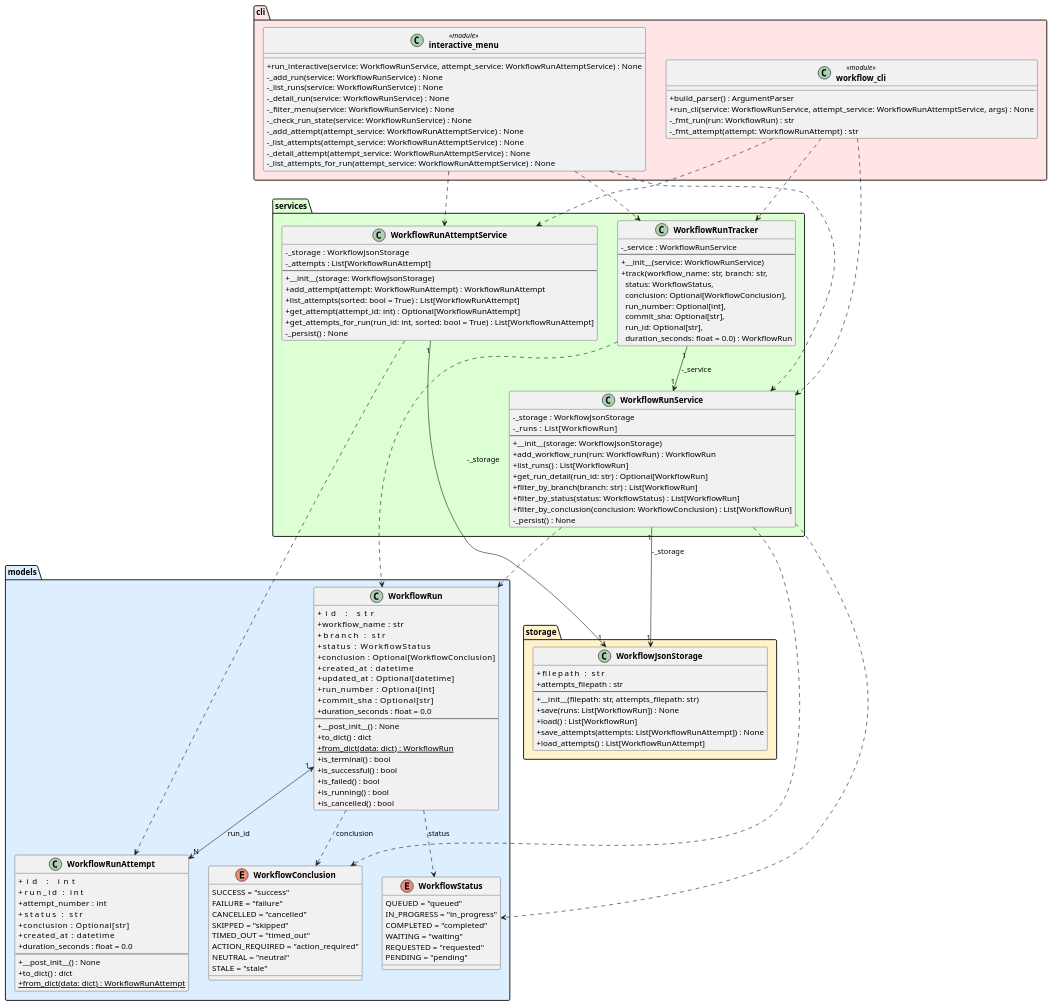
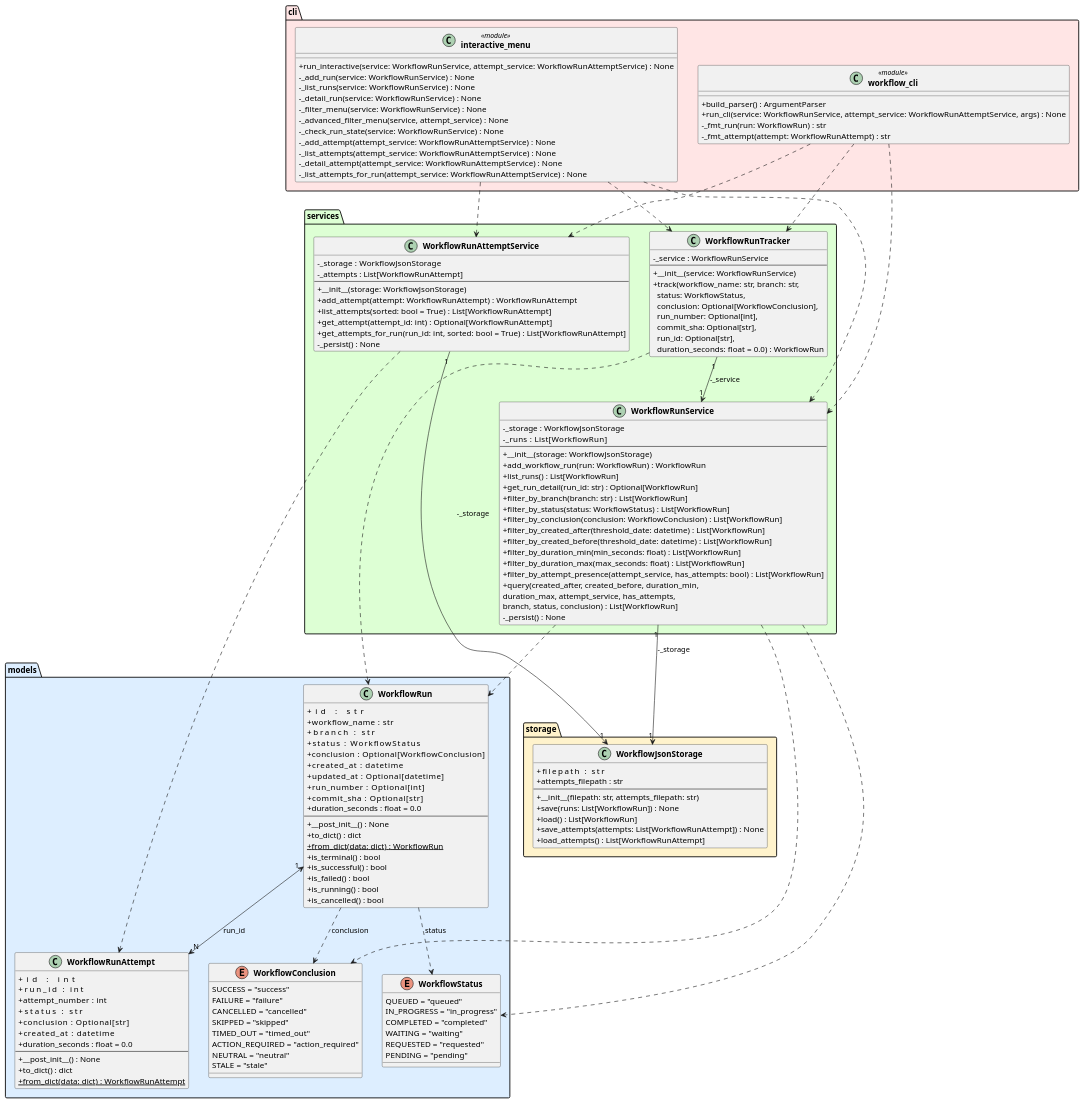
The diagram in experiments/pipeline/user_stories/github-workflow-manager/artifacts/class_diagram.puml (DanielRiha8906/Software_autoevolution_using_agents), drawn with PlantUML before and after one commit. The commit also changed 8 other files, not shown here.

```diff
--- a/experiments/pipeline/user_stories/github-workflow-manager/artifacts/class_diagram.puml
+++ b/experiments/pipeline/user_stories/github-workflow-manager/artifacts/class_diagram.puml
@@ -1,152 +1,159 @@
 @startuml class_diagram
 
 skinparam classAttributeIconSize 0
 skinparam classFontStyle bold
 
 package "models" #DDEEFF {
     enum WorkflowStatus {
         QUEUED = "queued"
         IN_PROGRESS = "in_progress"
         COMPLETED = "completed"
         WAITING = "waiting"
         REQUESTED = "requested"
         PENDING = "pending"
     }
 
     enum WorkflowConclusion {
         SUCCESS = "success"
         FAILURE = "failure"
         CANCELLED = "cancelled"
         SKIPPED = "skipped"
         TIMED_OUT = "timed_out"
         ACTION_REQUIRED = "action_required"
         NEUTRAL = "neutral"
         STALE = "stale"
     }
 
     class WorkflowRun {
         +id               : str
         +workflow_name    : str
         +branch           : str
         +status           : WorkflowStatus
         +conclusion       : Optional[WorkflowConclusion]
         +created_at       : datetime
         +updated_at       : Optional[datetime]
         +run_number       : Optional[int]
         +commit_sha       : Optional[str]
         +duration_seconds : float = 0.0
         --
         +__post_init__() : None
         +to_dict() : dict
         +{static} from_dict(data: dict) : WorkflowRun
         +is_terminal() : bool
         +is_successful() : bool
         +is_failed() : bool
         +is_running() : bool
         +is_cancelled() : bool
     }
 
     class WorkflowRunAttempt {
         +id               : int
         +run_id           : int
         +attempt_number   : int
         +status           : str
         +conclusion       : Optional[str]
         +created_at       : datetime
         +duration_seconds : float = 0.0
         --
         +__post_init__() : None
         +to_dict() : dict
         +{static} from_dict(data: dict) : WorkflowRunAttempt
     }
 }
 
 package "storage" #FFF3CC {
     class WorkflowJsonStorage {
         +filepath          : str
         +attempts_filepath : str
         --
         +__init__(filepath: str, attempts_filepath: str)
         +save(runs: List[WorkflowRun]) : None
         +load() : List[WorkflowRun]
         +save_attempts(attempts: List[WorkflowRunAttempt]) : None
         +load_attempts() : List[WorkflowRunAttempt]
     }
 }
 
 package "services" #DDFFD4 {
     class WorkflowRunService {
         -_storage : WorkflowJsonStorage
         -_runs    : List[WorkflowRun]
         --
         +__init__(storage: WorkflowJsonStorage)
         +add_workflow_run(run: WorkflowRun) : WorkflowRun
         +list_runs() : List[WorkflowRun]
         +get_run_detail(run_id: str) : Optional[WorkflowRun]
         +filter_by_branch(branch: str) : List[WorkflowRun]
         +filter_by_status(status: WorkflowStatus) : List[WorkflowRun]
         +filter_by_conclusion(conclusion: WorkflowConclusion) : List[WorkflowRun]
+        +filter_by_created_after(threshold_date: datetime) : List[WorkflowRun]
+        +filter_by_created_before(threshold_date: datetime) : List[WorkflowRun]
+        +filter_by_duration_min(min_seconds: float) : List[WorkflowRun]
+        +filter_by_duration_max(max_seconds: float) : List[WorkflowRun]
+        +filter_by_attempt_presence(attempt_service, has_attempts: bool) : List[WorkflowRun]
+        +query(created_after, created_before, duration_min,\nduration_max, attempt_service, has_attempts,\nbranch, status, conclusion) : List[WorkflowRun]
         -_persist() : None
     }
 
     class WorkflowRunAttemptService {
         -_storage  : WorkflowJsonStorage
         -_attempts : List[WorkflowRunAttempt]
         --
         +__init__(storage: WorkflowJsonStorage)
         +add_attempt(attempt: WorkflowRunAttempt) : WorkflowRunAttempt
         +list_attempts(sorted: bool = True) : List[WorkflowRunAttempt]
         +get_attempt(attempt_id: int) : Optional[WorkflowRunAttempt]
         +get_attempts_for_run(run_id: int, sorted: bool = True) : List[WorkflowRunAttempt]
         -_persist() : None
     }
 
     class WorkflowRunTracker {
         -_service : WorkflowRunService
         --
         +__init__(service: WorkflowRunService)
         +track(workflow_name: str, branch: str,\n  status: WorkflowStatus,\n  conclusion: Optional[WorkflowConclusion],\n  run_number: Optional[int],\n  commit_sha: Optional[str],\n  run_id: Optional[str],\n  duration_seconds: float = 0.0) : WorkflowRun
     }
 }
 
 package "cli" #FFE5E5 {
     class "workflow_cli" <<module>> {
         +build_parser() : ArgumentParser
         +run_cli(service: WorkflowRunService, attempt_service: WorkflowRunAttemptService, args) : None
         -_fmt_run(run: WorkflowRun) : str
         -_fmt_attempt(attempt: WorkflowRunAttempt) : str
     }
 
     class "interactive_menu" <<module>> {
         +run_interactive(service: WorkflowRunService, attempt_service: WorkflowRunAttemptService) : None
         -_add_run(service: WorkflowRunService) : None
         -_list_runs(service: WorkflowRunService) : None
         -_detail_run(service: WorkflowRunService) : None
         -_filter_menu(service: WorkflowRunService) : None
+        -_advanced_filter_menu(service, attempt_service) : None
         -_check_run_state(service: WorkflowRunService) : None
         -_add_attempt(attempt_service: WorkflowRunAttemptService) : None
         -_list_attempts(attempt_service: WorkflowRunAttemptService) : None
         -_detail_attempt(attempt_service: WorkflowRunAttemptService) : None
         -_list_attempts_for_run(attempt_service: WorkflowRunAttemptService) : None
     }
 }
 
 WorkflowRun                   ..>  WorkflowStatus        : status
 WorkflowRun                   ..>  WorkflowConclusion    : conclusion
 WorkflowRun         "1" <--> "N" WorkflowRunAttempt     : run_id
 WorkflowRunService      "1" --> "1" WorkflowJsonStorage : -_storage
 WorkflowRunService           ..>  WorkflowRun
 WorkflowRunService           ..>  WorkflowStatus
 WorkflowRunService           ..>  WorkflowConclusion
 WorkflowRunAttemptService    "1" --> "1" WorkflowJsonStorage : -_storage
 WorkflowRunAttemptService         ..>  WorkflowRunAttempt
 WorkflowRunTracker      "1" --> "1" WorkflowRunService  : -_service
 WorkflowRunTracker           ..>  WorkflowRun
 "workflow_cli"               ..>  WorkflowRunService
 "workflow_cli"               ..>  WorkflowRunAttemptService
 "workflow_cli"               ..>  WorkflowRunTracker
 "interactive_menu"           ..>  WorkflowRunService
 "interactive_menu"           ..>  WorkflowRunAttemptService
 "interactive_menu"           ..>  WorkflowRunTracker
 
 @enduml
```
